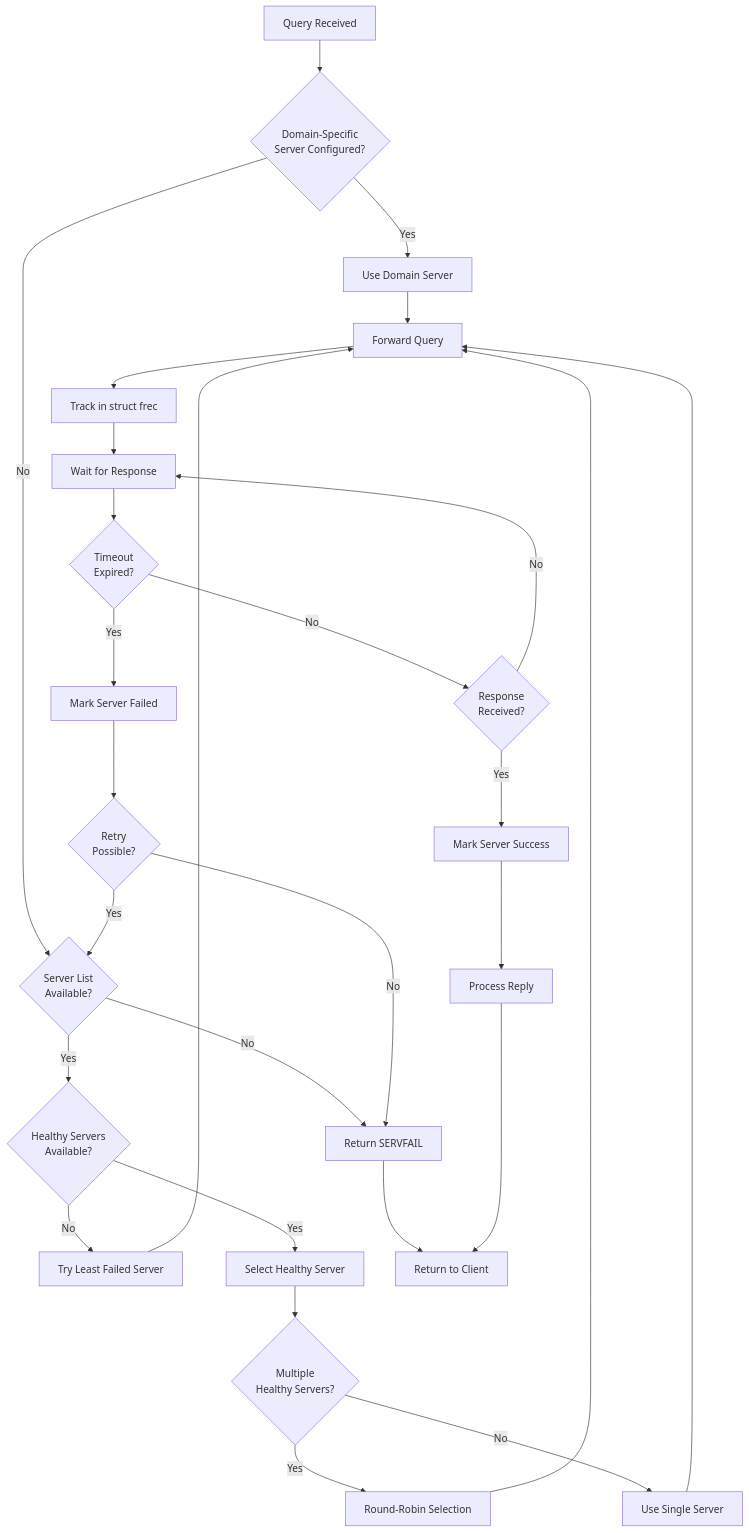
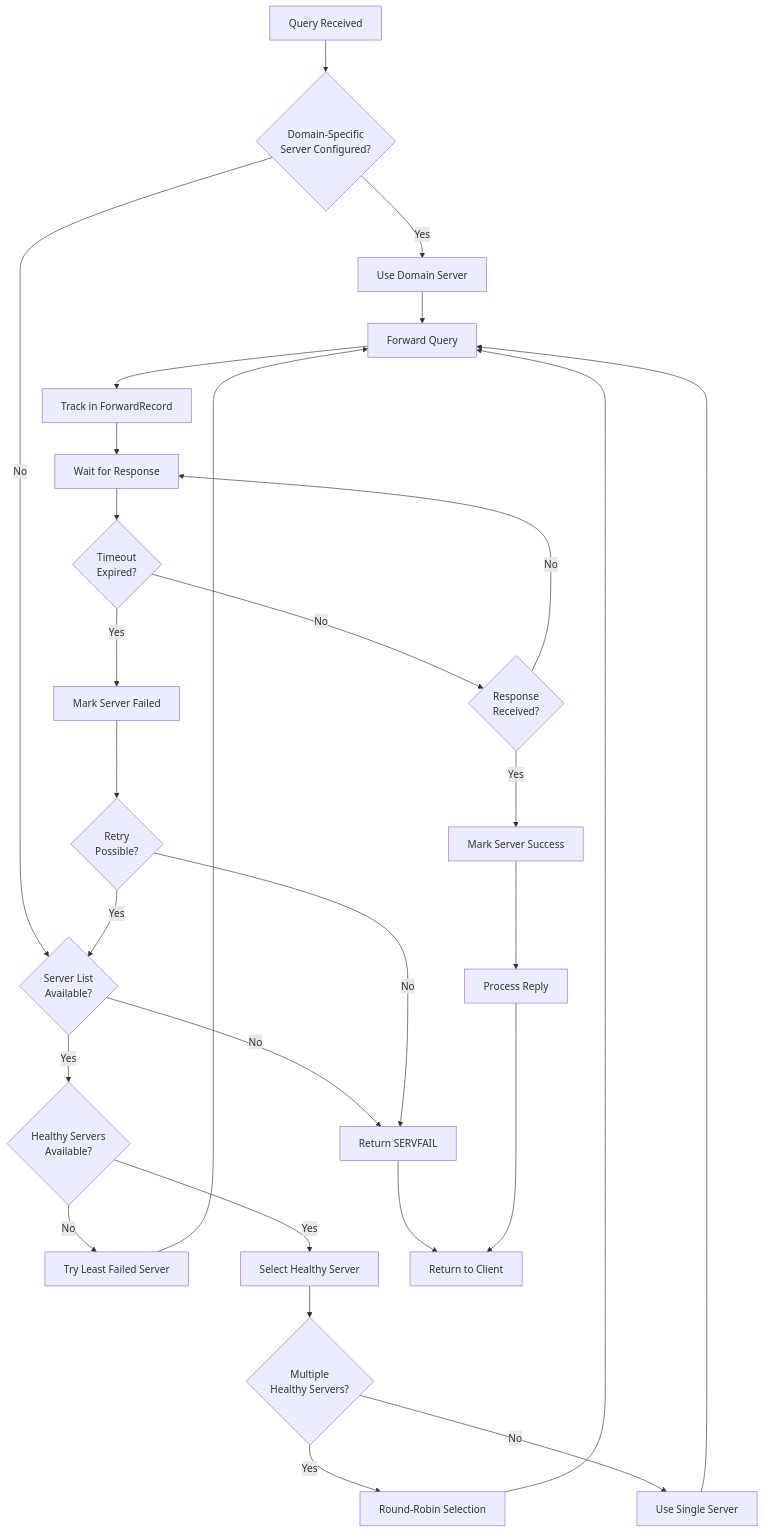
One commit to blitzy-public-samples/blitzy-dnsmasq changed the third of 4 diagrams in docs/DNS_FORWARDING.md. Above: the diagram before and after it, drawn with Mermaid. The commit also changed other lines of this file, not shown here.

````diff
--- a/docs/DNS_FORWARDING.md
+++ b/docs/DNS_FORWARDING.md
@@ -378,39 +378,39 @@
 ```mermaid
 flowchart TD
     Start[Query Received] --> CheckDomain{Domain-Specific<br/>Server Configured?}
     CheckDomain -->|Yes| UseDomainServer[Use Domain Server]
     CheckDomain -->|No| CheckList{Server List<br/>Available?}
     
     CheckList -->|No| NoServer[Return SERVFAIL]
     CheckList -->|Yes| CheckHealth{Healthy Servers<br/>Available?}
     
     CheckHealth -->|No| UseAnyServer[Try Least Failed Server]
     CheckHealth -->|Yes| SelectHealthy[Select Healthy Server]
     
     SelectHealthy --> CheckRoundRobin{Multiple<br/>Healthy Servers?}
     CheckRoundRobin -->|Yes| RoundRobin[Round-Robin Selection]
     CheckRoundRobin -->|No| UseSingle[Use Single Server]
     
     RoundRobin --> ForwardQuery[Forward Query]
     UseSingle --> ForwardQuery
     UseAnyServer --> ForwardQuery
     UseDomainServer --> ForwardQuery
     
-    ForwardQuery --> TrackSent[Track in struct frec]
+    ForwardQuery --> TrackSent[Track in ForwardRecord]
     TrackSent --> WaitResponse[Wait for Response]
     
     WaitResponse --> CheckTimeout{Timeout<br/>Expired?}
     CheckTimeout -->|No| ResponseReceived{Response<br/>Received?}
     CheckTimeout -->|Yes| MarkFailed[Mark Server Failed]
     
     MarkFailed --> CheckRetry{Retry<br/>Possible?}
     CheckRetry -->|Yes| CheckList
     CheckRetry -->|No| NoServer
     
     ResponseReceived -->|Yes| MarkSuccess[Mark Server Success]
     ResponseReceived -->|No| WaitResponse
     
     MarkSuccess --> ProcessReply[Process Reply]
     NoServer --> End[Return to Client]
     ProcessReply --> End
 ```
````
